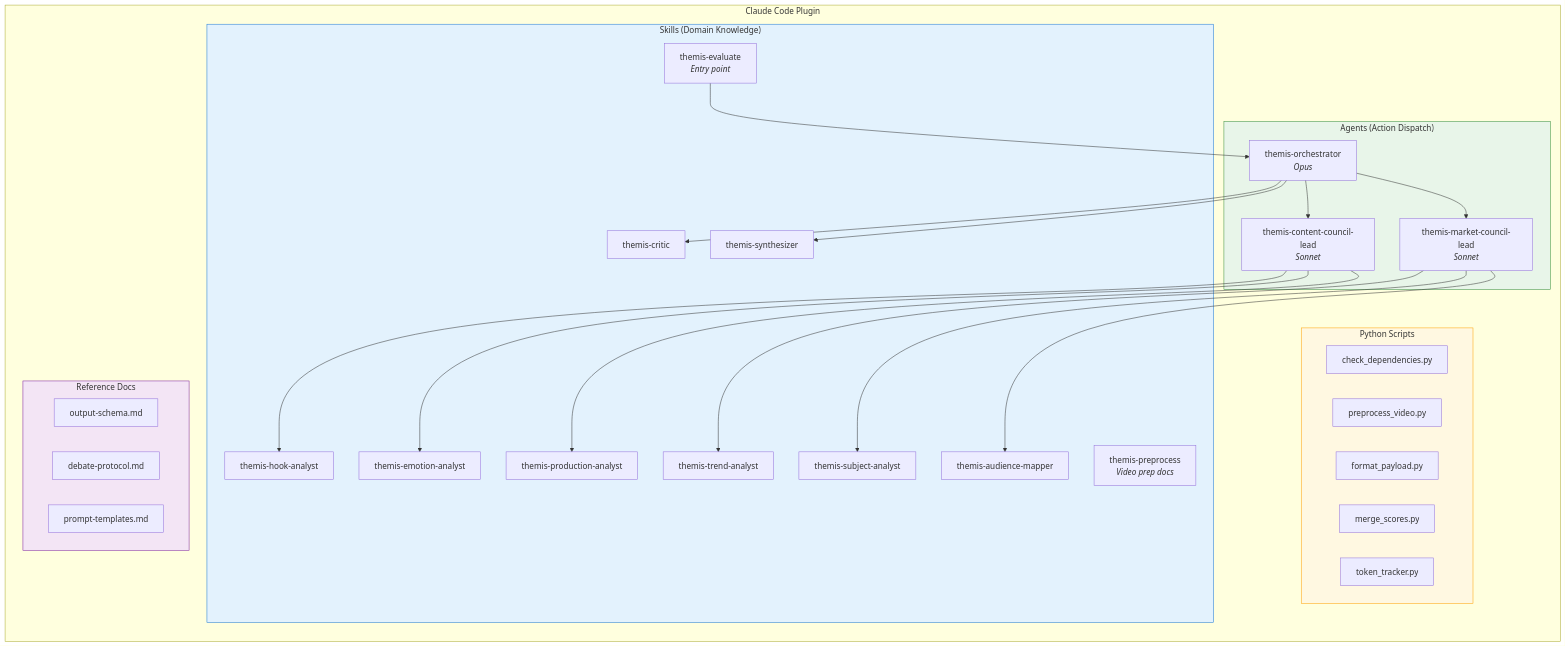
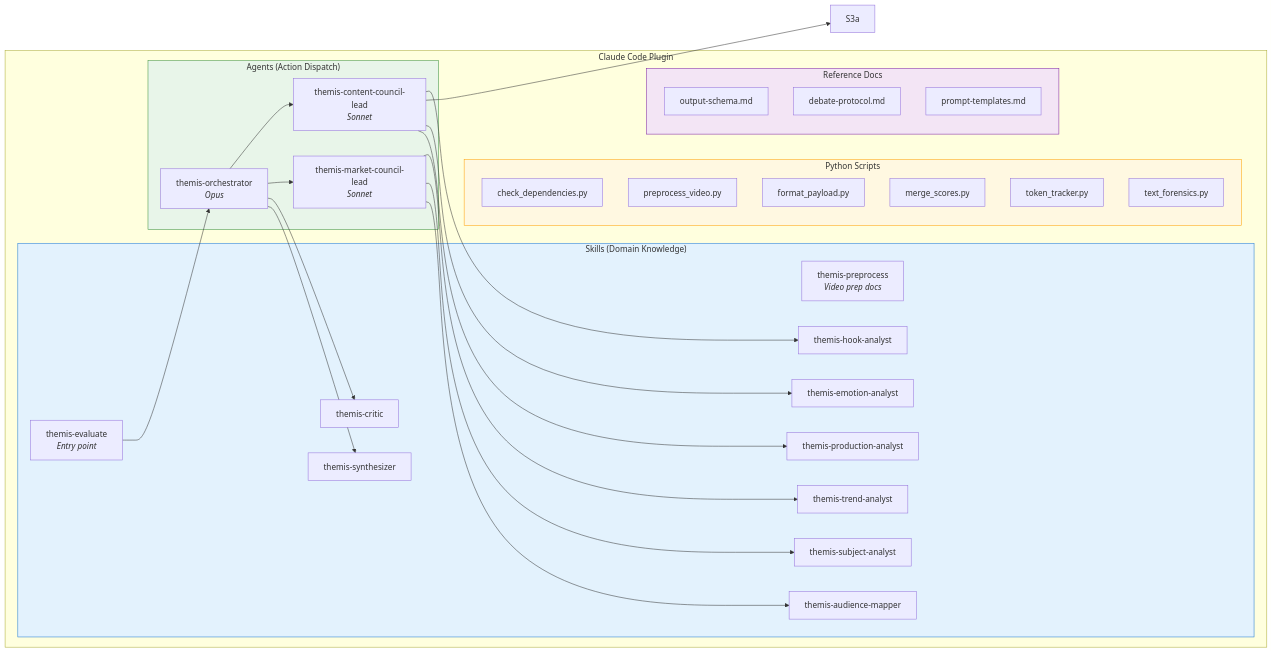
Before and after one commit to SacredWizard/themis: the second of 13 diagrams in design/ARCHITECTURE.md, drawn with Mermaid. The commit also changed other lines of this file and 3 other files, not shown here.

````diff
--- a/design/ARCHITECTURE.md
+++ b/design/ARCHITECTURE.md
@@ -107,47 +114,48 @@
 ```mermaid
 graph LR
     subgraph Plugin["Claude Code Plugin"]
         subgraph Skills["Skills (Domain Knowledge)"]
             S1["themis-evaluate<br/><i>Entry point</i>"]
             S2["themis-preprocess<br/><i>Video prep docs</i>"]
             S3["themis-hook-analyst"]
             S4["themis-emotion-analyst"]
             S5["themis-production-analyst"]
             S6["themis-trend-analyst"]
             S7["themis-subject-analyst"]
             S8["themis-audience-mapper"]
             S9["themis-critic"]
             S10["themis-synthesizer"]
         end
         subgraph Agents["Agents (Action Dispatch)"]
             A1["themis-orchestrator<br/><i>Opus</i>"]
             A2["themis-content-council-lead<br/><i>Sonnet</i>"]
             A3["themis-market-council-lead<br/><i>Sonnet</i>"]
         end
         subgraph Scripts["Python Scripts"]
             P1["check_dependencies.py"]
             P2["preprocess_video.py"]
             P3["format_payload.py"]
             P4["merge_scores.py"]
             P5["token_tracker.py"]
+            P6["text_forensics.py"]
         end
         subgraph Refs["Reference Docs"]
             R1["output-schema.md"]
             R2["debate-protocol.md"]
             R3["prompt-templates.md"]
         end
     end
 
     S1 --> A1
     A1 --> A2
     A1 --> A3
-    A2 --> S3 & S4 & S5
+    A2 --> S3 & S3a & S4 & S5
     A3 --> S6 & S7 & S8
     A1 --> S9
     A1 --> S10
 
     style Skills fill:#e3f2fd,stroke:#1976D2
     style Agents fill:#e8f5e9,stroke:#388E3C
     style Scripts fill:#fff8e1,stroke:#FFA000
     style Refs fill:#f3e5f5,stroke:#7B1FA2
 ```
````
